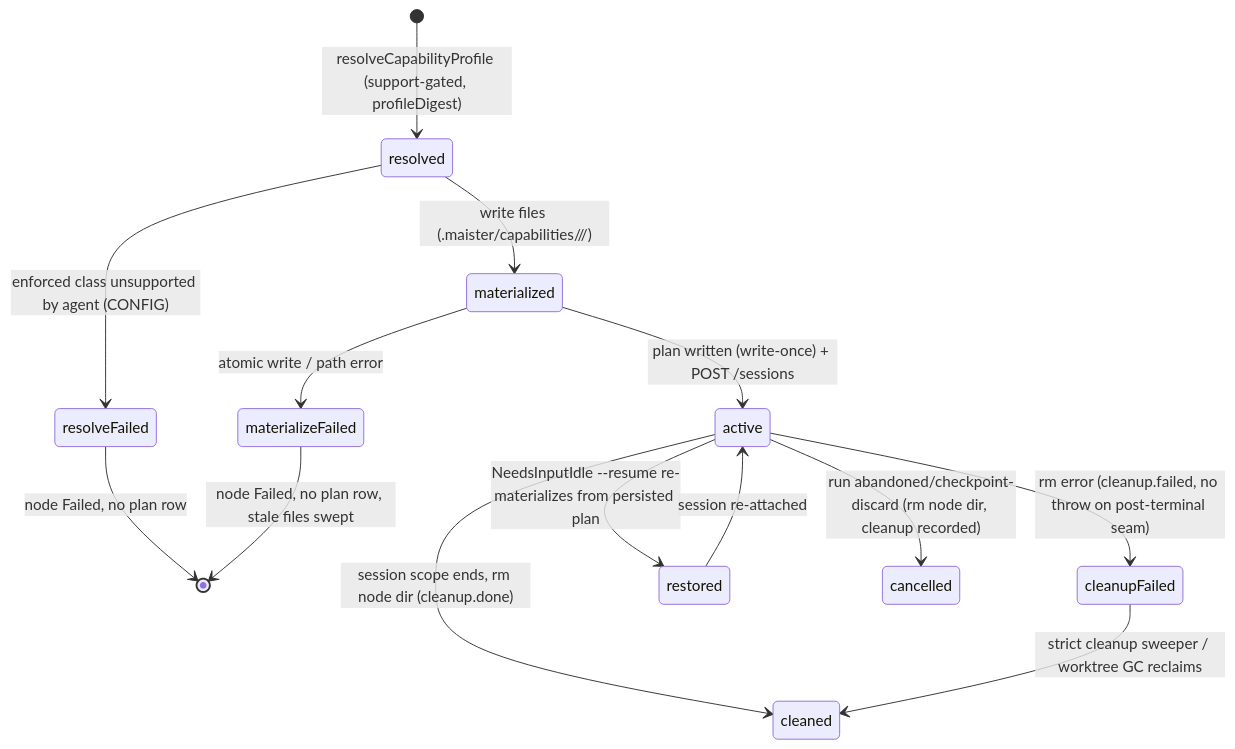
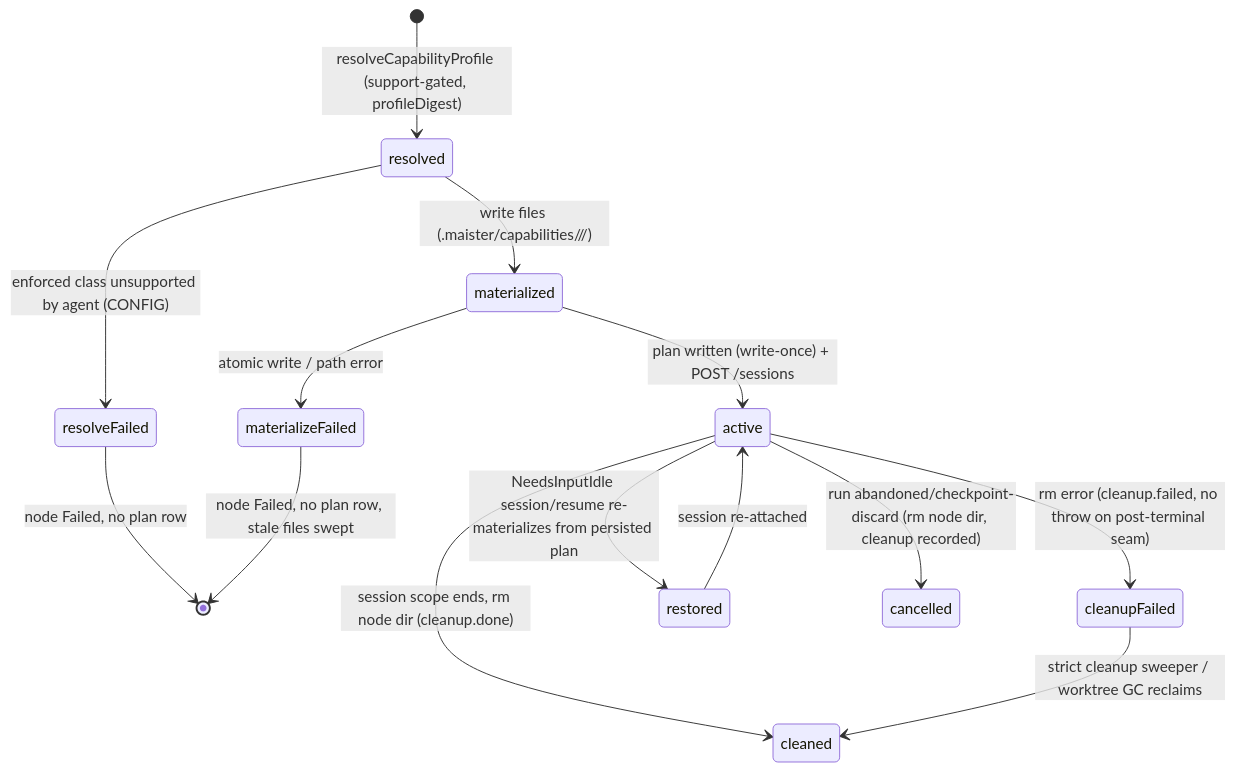
The second of 5 diagrams in docs/system-analytics/capabilities.md (maister-dev/maister), drawn with Mermaid before and after one commit. The commit also changed other lines of this file and 46 other files, not shown here.

````diff
--- a/docs/system-analytics/capabilities.md
+++ b/docs/system-analytics/capabilities.md
@@ -146,16 +146,16 @@
 ```mermaid
 stateDiagram-v2
     [*] --> resolved: resolveCapabilityProfile (support-gated, profileDigest)
     resolved --> resolveFailed: enforced class unsupported by agent (CONFIG)
     resolveFailed --> [*]: node Failed, no plan row
     resolved --> materialized: write files (.maister/capabilities/<runId>/<nodeAttemptId>/)
     materialized --> materializeFailed: atomic write / path error
     materializeFailed --> [*]: node Failed, no plan row, stale files swept
     materialized --> active: plan written (write-once) + POST /sessions
     active --> cleaned: session scope ends, rm node dir (cleanup.done)
     active --> cleanupFailed: rm error (cleanup.failed, no throw on post-terminal seam)
     cleanupFailed --> cleaned: strict cleanup sweeper / worktree GC reclaims
-    active --> restored: NeedsInputIdle --resume re-materializes from persisted plan
+    active --> restored: NeedsInputIdle session/resume re-materializes from persisted plan
     restored --> active: session re-attached
     active --> cancelled: run abandoned/checkpoint-discard (rm node dir, cleanup recorded)
 ```
````
